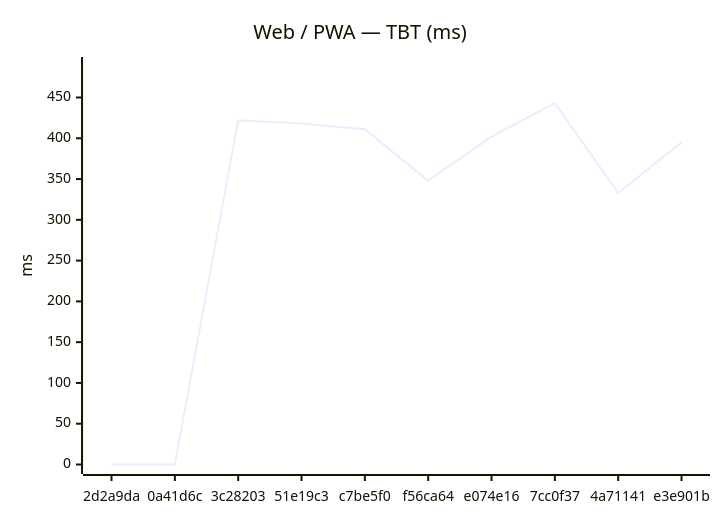
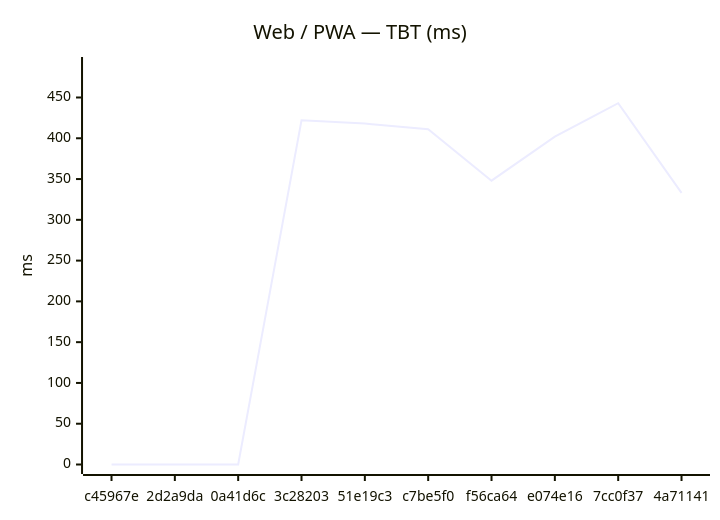
One commit to Metaheurist/Rianell changed the second of 18 diagrams in benchmarks/compare.md. Above: the diagram before and after it, drawn with Mermaid. The commit also changed other lines of this file and 11 other files, not shown here.

````diff
--- a/benchmarks/compare.md
+++ b/benchmarks/compare.md
@@ -31,7 +31,7 @@
 ```mermaid
 xychart-beta
     title "Web / PWA — TBT (ms)"
-    x-axis ["2d2a9da", "0a41d6c", "3c28203", "51e19c3", "c7be5f0", "f56ca64", "e074e16", "7cc0f37", "4a71141", "e3e901b"]
+    x-axis ["c45967e", "2d2a9da", "0a41d6c", "3c28203", "51e19c3", "c7be5f0", "f56ca64", "e074e16", "7cc0f37", "4a71141"]
     y-axis "ms" 0 --> 488
-    line [0, 0, 422, 418, 411, 348, 402, 443, 333, 395]
+    line [0, 0, 0, 422, 418, 411, 348, 402, 443, 333]
 ```
````
